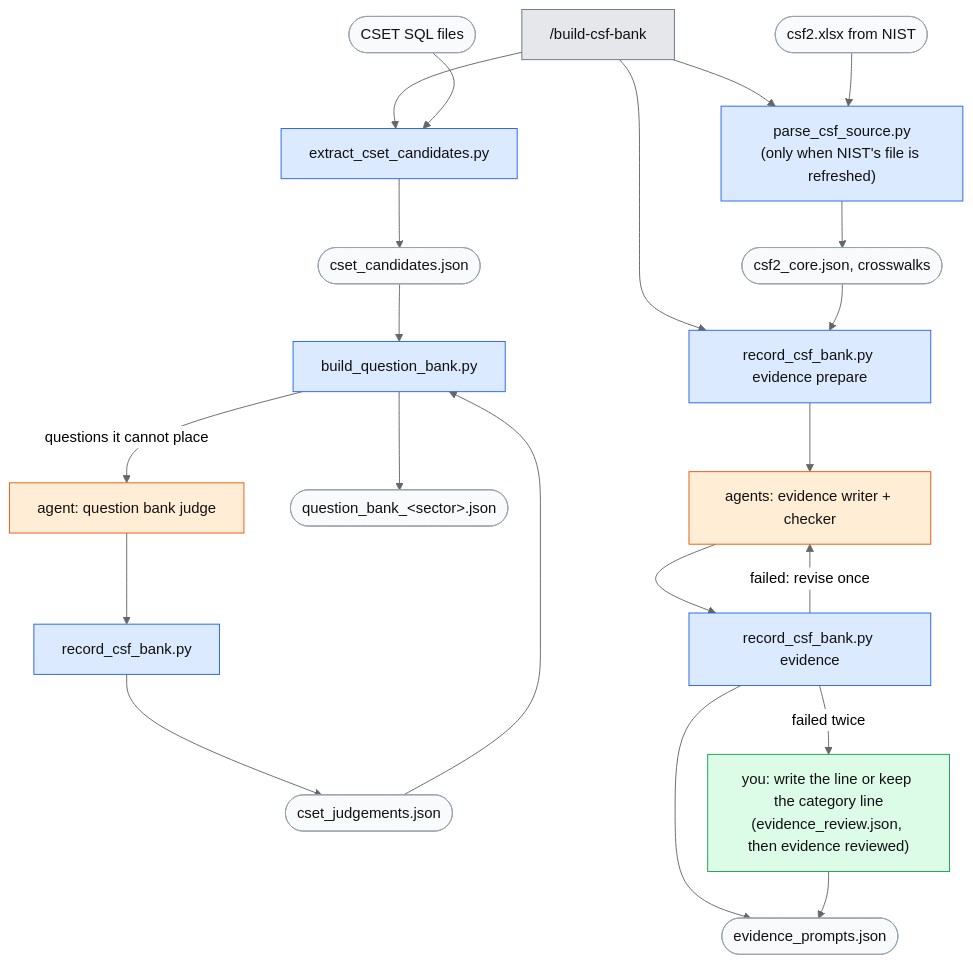
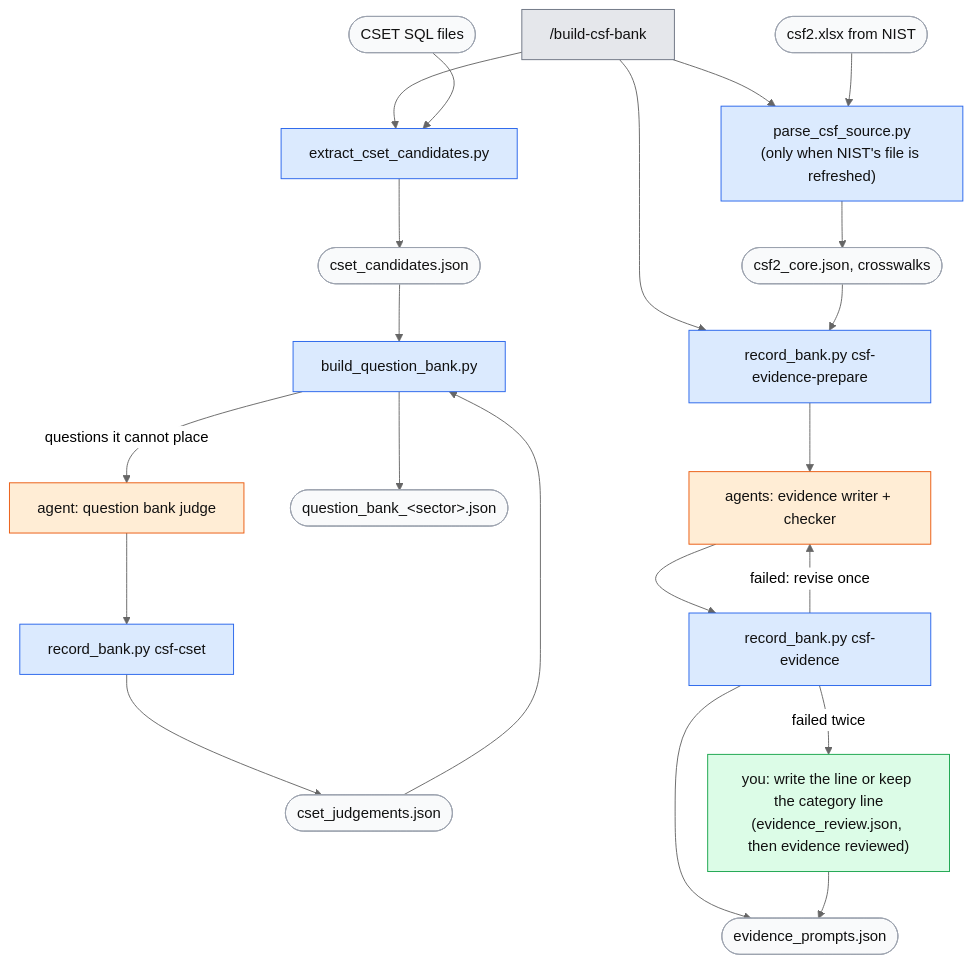
One commit to srilekha82/csf-ai-self-assessment changed the second of 3 diagrams in docs/guide.md. Above: the diagram before and after it, drawn with Mermaid (neutral theme). The commit also changed other lines of this file and 26 other files, not shown here.

First line of the commit message:
One recorder for both bank builds: record_bank.py

````diff
--- a/docs/guide.md
+++ b/docs/guide.md
@@ -149,20 +149,20 @@
 ```mermaid
 flowchart TD
     B["/build-csf-bank"]:::cmd --> PC["parse_csf_source.py<br/>(only when NIST's file is refreshed)"]:::script
     NIST([csf2.xlsx from NIST]):::file --> PC --> CORE([csf2_core.json, crosswalks]):::file
     B --> EX[extract_cset_candidates.py]:::script
     SQL([CSET SQL files]):::file --> EX --> CAND([cset_candidates.json]):::file --> BQB[build_question_bank.py]:::script
-    BQB -- "questions it cannot place" --> JA["agent: question bank judge"]:::agent --> RJ[record_csf_bank.py]:::script --> JS([cset_judgements.json]):::file --> BQB
+    BQB -- "questions it cannot place" --> JA["agent: question bank judge"]:::agent --> RJ[record_bank.py csf-cset]:::script --> JS([cset_judgements.json]):::file --> BQB
     BQB --> BANK([question_bank_&lt;sector&gt;.json]):::file
-    B --> EP["record_csf_bank.py evidence prepare"]:::script
-    CORE --> EP --> EW["agents: evidence writer + checker"]:::agent --> RE["record_csf_bank.py evidence"]:::script --> EVP([evidence_prompts.json]):::file
+    B --> EP["record_bank.py csf-evidence-prepare"]:::script
+    CORE --> EP --> EW["agents: evidence writer + checker"]:::agent --> RE["record_bank.py csf-evidence"]:::script --> EVP([evidence_prompts.json]):::file
     RE -- "failed: revise once" --> EW
     RE -- "failed twice" --> YOU["you: write the line or keep the category line<br/>(evidence_review.json, then evidence reviewed)"]:::you --> EVP
 
     classDef cmd fill:#e5e7eb,stroke:#6b7280,color:#111
     classDef script fill:#dbeafe,stroke:#2563eb,color:#111
     classDef agent fill:#ffedd5,stroke:#ea580c,color:#111
     classDef you fill:#dcfce7,stroke:#16a34a,color:#111
     classDef file fill:#f9fafb,stroke:#9ca3af,color:#111
     classDef stop fill:#fee2e2,stroke:#dc2626,color:#111
 ```
````
